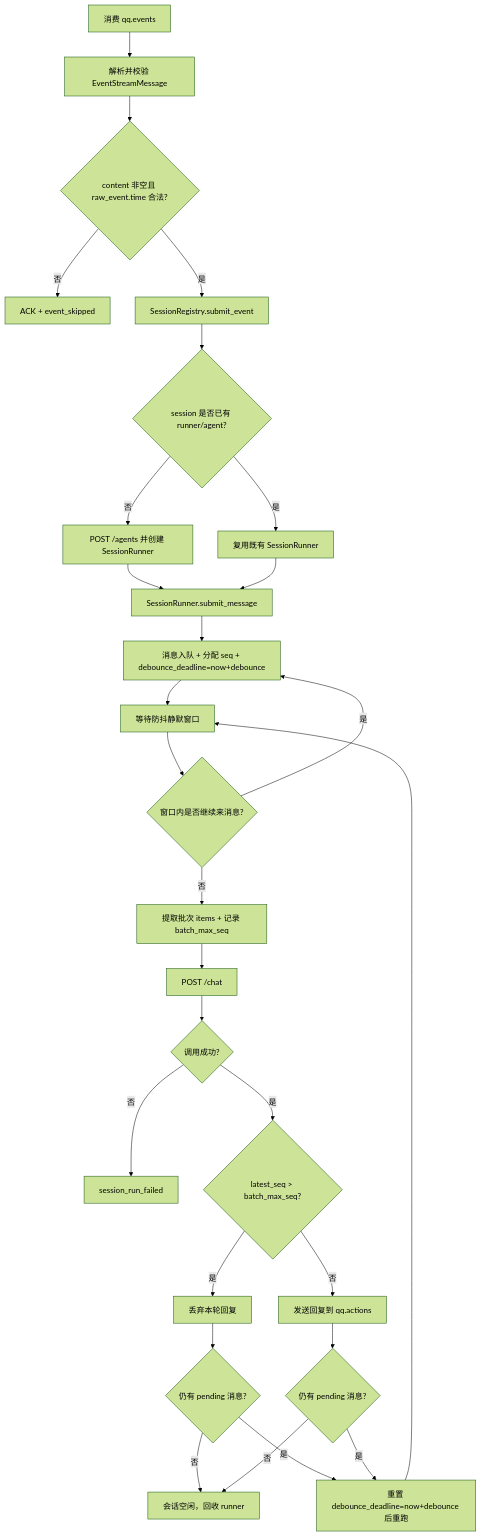
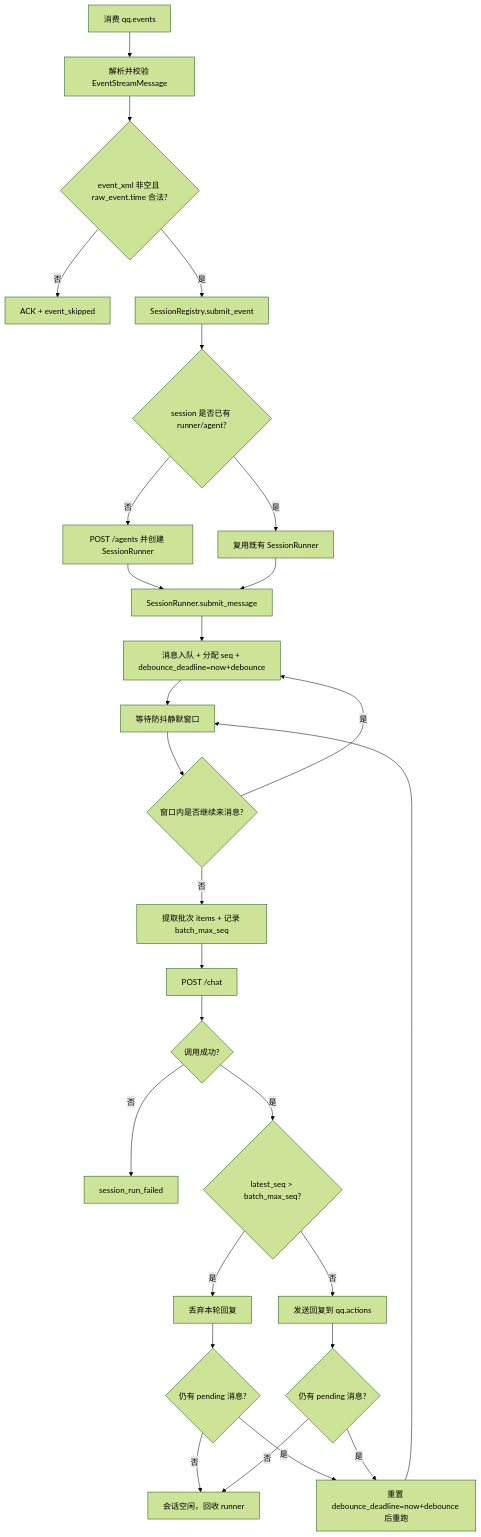
Before and after one commit to tamakara/AIChan: the first of 2 diagrams in docs/hub-service.md, drawn with Mermaid (forest theme). The commit also changed other lines of this file and 28 other files, not shown here.

````diff
--- a/docs/hub-service.md
+++ b/docs/hub-service.md
@@ -88,32 +88,32 @@
 ```mermaid
 flowchart TD
     A[消费 qq.events] --> B[解析并校验 EventStreamMessage]
-    B --> C{content 非空且 raw_event.time 合法?}
+    B --> C{event_xml 非空且 raw_event.time 合法?}
     C -->|否| D[ACK + event_skipped]
     C -->|是| E[SessionRegistry.submit_event]
 
     E --> F{session 是否已有 runner/agent?}
     F -->|否| G[POST /agents 并创建 SessionRunner]
     F -->|是| H[复用既有 SessionRunner]
     G --> I[SessionRunner.submit_message]
     H --> I
 
     I --> J[消息入队 + 分配 seq + debounce_deadline=now+debounce]
     J --> K[等待防抖静默窗口]
     K --> L{窗口内是否继续来消息?}
     L -->|是| J
     L -->|否| M[提取批次 items + 记录 batch_max_seq]
     M --> N[POST /chat]
     N --> O{调用成功?}
     O -->|否| P[session_run_failed]
     O -->|是| Q{latest_seq > batch_max_seq?}
     Q -->|是| R[丢弃本轮回复]
     Q -->|否| S[发送回复到 qq.actions]
     R --> T{仍有 pending 消息?}
     T -->|是| U[重置 debounce_deadline=now+debounce 后重跑]
     T -->|否| V[会话空闲，回收 runner]
     U --> K
     S --> W{仍有 pending 消息?}
     W -->|是| U
     W -->|否| V
 ```
````
